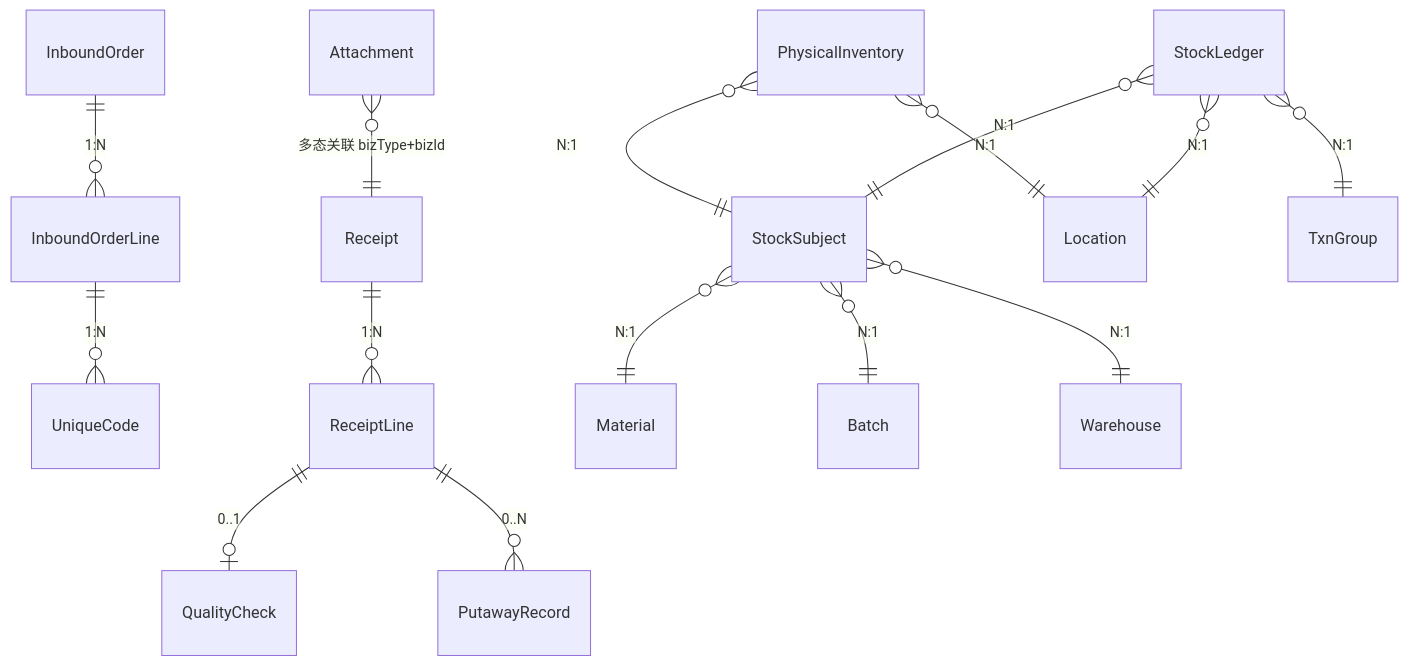
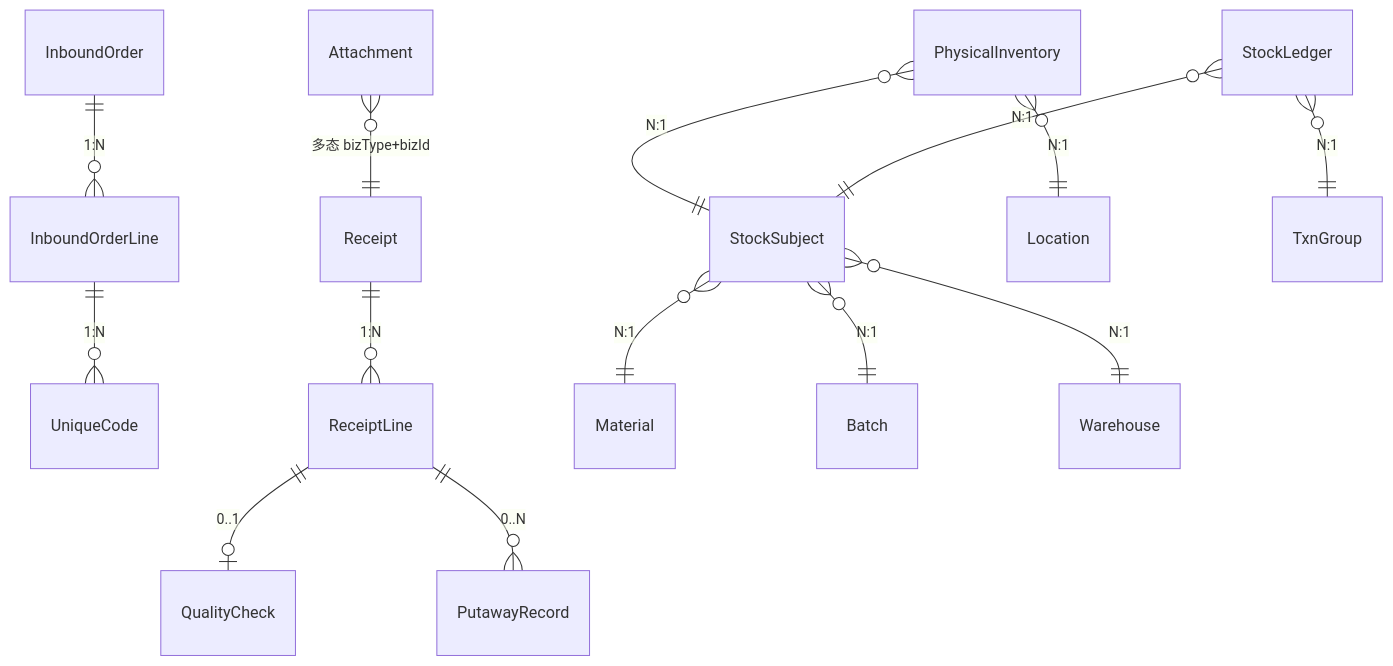
Before and after one commit to CSJ608/AWms: the diagram in docs/api/数据模型-草案.md, drawn with Mermaid. The commit also changed other lines of this file and 2 other files, not shown here.

Commit message:
docs: 批次契约 v0.2（系统自动建批次）+ 通用规范 2.9 编号服务 + 数据模型 Sequence 表

````diff
--- a/docs/api/数据模型-草案.md
+++ b/docs/api/数据模型-草案.md
@@ -75,17 +74,16 @@
 ```mermaid
 erDiagram
     InboundOrder ||--o{ InboundOrderLine : "1:N"
     InboundOrderLine ||--o{ UniqueCode : "1:N"
     Receipt ||--o{ ReceiptLine : "1:N"
     ReceiptLine ||--o| QualityCheck : "0..1"
     ReceiptLine ||--o{ PutawayRecord : "0..N"
     StockSubject }o--|| Material : "N:1"
     StockSubject }o--|| Batch : "N:1"
     StockSubject }o--|| Warehouse : "N:1"
     PhysicalInventory }o--|| StockSubject : "N:1"
     PhysicalInventory }o--|| Location : "N:1"
     StockLedger }o--|| TxnGroup : "N:1"
     StockLedger }o--|| StockSubject : "N:1"
-    StockLedger }o--|| Location : "N:1"
-    Attachment }o--|| Receipt : "多态关联 bizType+bizId"
+    Attachment }o--|| Receipt : "多态 bizType+bizId"
 ```
````
